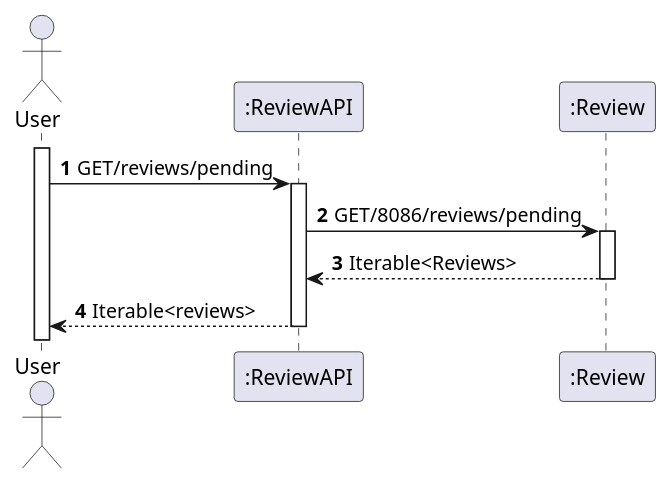
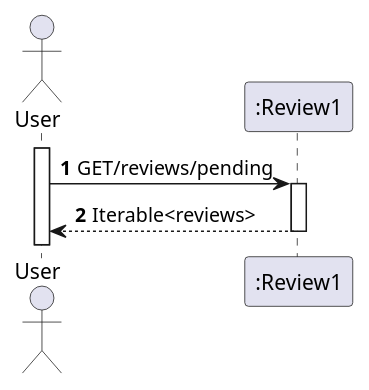
One commit to giovannaFantacini/ReviewAPI changed the diagram in Documentos/SIDIS/Review_getAllPendingReviews.puml. Above: the diagram before and after it, drawn with PlantUML. The commit also changed 9 other files, not shown here.

Commit message:
Diagramas

```diff
--- a/Documentos/SIDIS/Review_getAllPendingReviews.puml
+++ b/Documentos/SIDIS/Review_getAllPendingReviews.puml
@@ -1,19 +1,16 @@
 @startuml
 'https://plantuml.com/sequence-diagram
 
 autonumber
 
 autoactivate on
 autonumber
 
 actor "User" as User
-participant ":ReviewAPI" as rev1
-participant ":Review" as rev2
+participant ":Review1" as rev1
 
 activate User
 
 User -> rev1: GET/reviews/pending
-rev1 -> rev2: GET/8086/reviews/pending
-rev2 -->rev1: Iterable<Reviews>
 rev1 --> User: Iterable<reviews>
 @enduml
```
